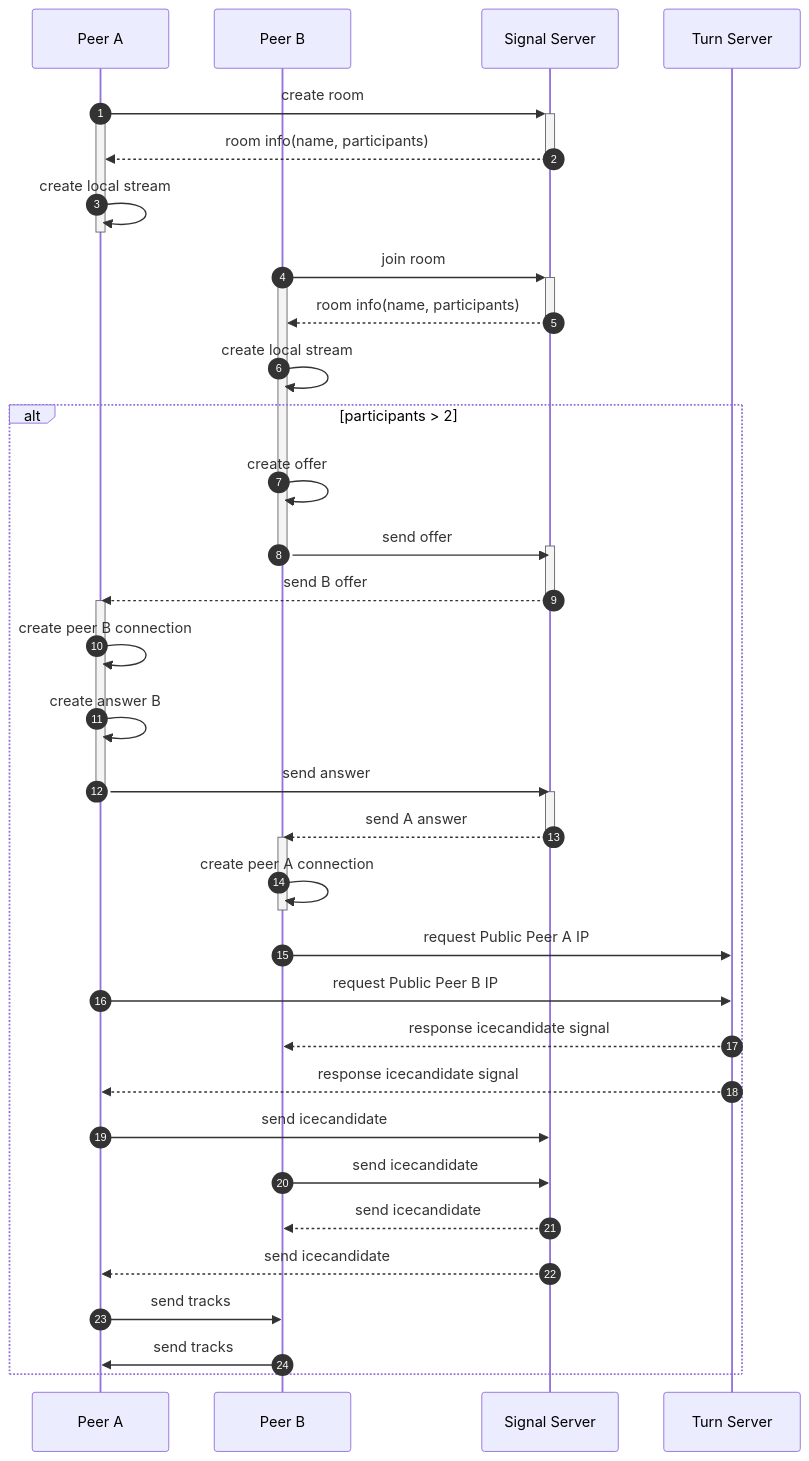
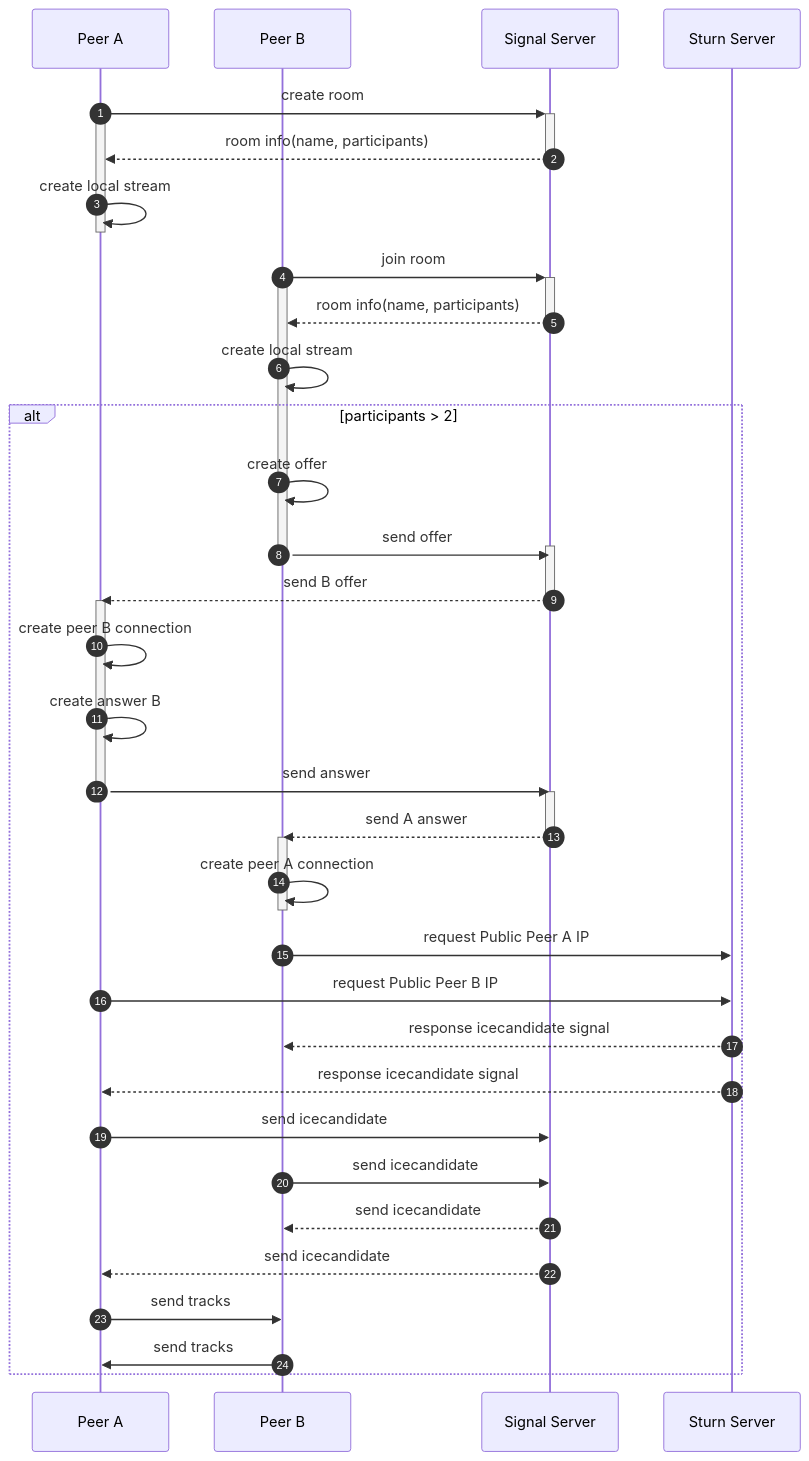
The diagram in README.md (0vollov0/webrtc), drawn with Mermaid before and after one commit.

````diff
--- a/README.md
+++ b/README.md
@@ -31,48 +31,48 @@
 ```mermaid
 sequenceDiagram
     Participant A as Peer A
     Participant B as Peer B
     Participant S as Signal Server
-    Participant T as Turn Server
+    Participant T as Sturn Server
     autonumber
 
     A ->>+ S : create room
     activate A
     S -->>- A: room info(name, participants)
     A ->> A: create local stream
     deactivate A
 
     B ->>+ S : join room
     activate B
     S -->>- B: room info(name, participants)
     B ->> B: create local stream
     alt participants > 2
         B ->> B: create offer
         B ->> S: send offer
         activate S
         deactivate B
         S -->> A: send B offer
         deactivate S
         activate A
         A ->> A : create peer B connection
         A ->> A : create answer B
         A ->> S : send answer
         deactivate A
         activate S
         S -->> B: send A answer
         deactivate S
         activate B
         B ->> B: create peer A connection
         deactivate B
         B ->> T: request Public Peer A IP
         A ->> T: request Public Peer B IP
         T -->> B: response icecandidate signal
         T -->> A: response icecandidate signal
         A ->> S : send icecandidate
         B ->> S : send icecandidate
         S -->> B : send icecandidate
         S -->> A : send icecandidate
         A ->> B : send tracks
         B ->> A : send tracks
     end
 ```
````
